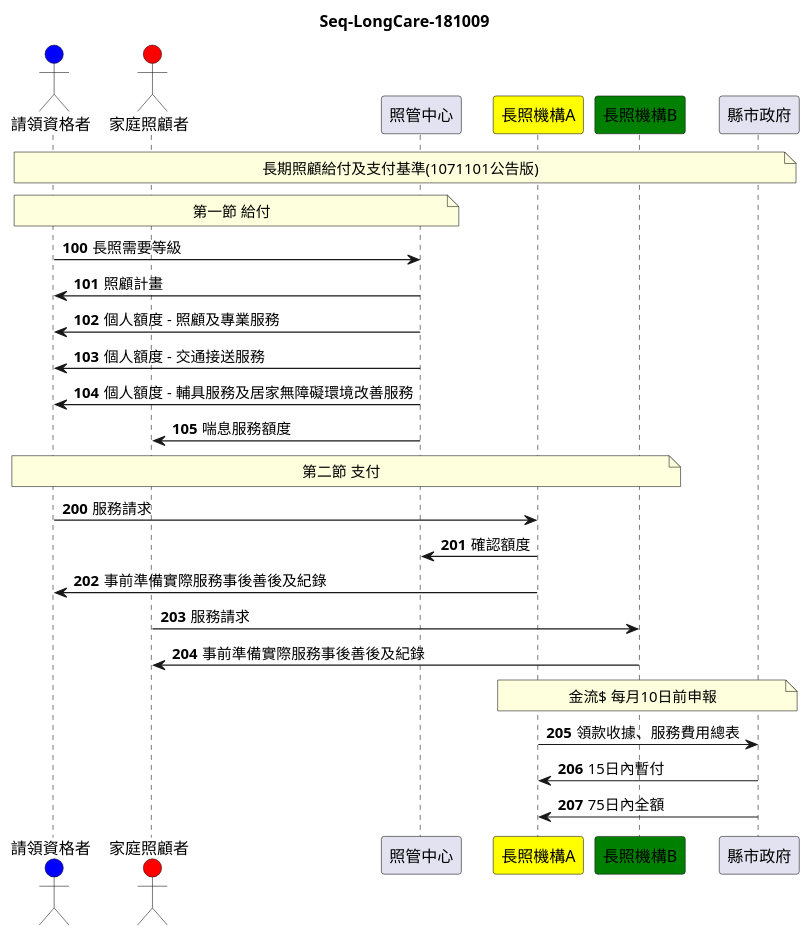
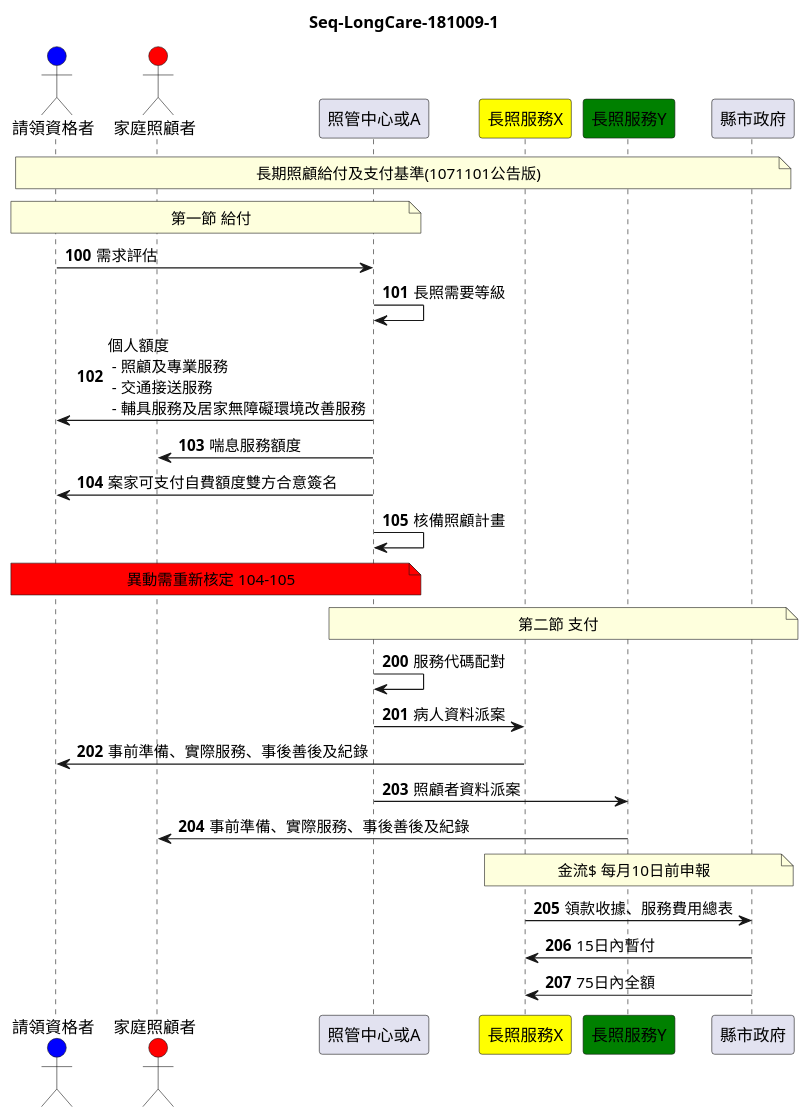
One commit to OpenHCOS/radio-to-broadcast changed the diagram in incubators/smart-longcare/seq.longcare.puml. Above: the diagram before and after it, drawn with PlantUML. The commit also changed 2 other files, not shown here.

```diff
--- a/incubators/smart-longcare/seq.longcare.puml
+++ b/incubators/smart-longcare/seq.longcare.puml
@@ -1,33 +1,34 @@
 @startuml
-title Seq-LongCare-181009
+title Seq-LongCare-181009-1
 ' 修正「長期照顧（照顧服務、專業服務、交通接送服務、輔具服務及居家無障礙環境改善服務）給付及支付基準」，並自107年11月1日起施行。- 衛生福利部 https://www.mohw.gov.tw/cp-3763-44235-1.html
 ' 長期照顧給付及支付基準(1071101公告版).pdf
 ' 直轄市、縣(市)政府辦理長期照顧服務提供者特約簽訂及費用支付作業要點
 scale 800 width
 actor 請領資格者 as Alice #blue
 actor 家庭照顧者 as Bob #red
-participant 照管中心 as CM
-participant 長照機構A as COA #yellow
-participant 長照機構B as COB #green
+participant 照管中心或A as CM
+participant 長照服務X as COA #yellow
+participant 長照服務Y as COB #green
 participant 縣市政府 as GOV
 autonumber 100
 note over Alice, GOV : 長期照顧給付及支付基準(1071101公告版)
 note over Alice, CM : 第一節 給付
-Alice -> CM : 長照需要等級
-CM -> Alice : 照顧計畫
-CM -> Alice : 個人額度 - 照顧及專業服務
-CM -> Alice : 個人額度 - 交通接送服務
-CM -> Alice : 個人額度 - 輔具服務及居家無障礙環境改善服務
+Alice -> CM : 需求評估
+CM -> CM : 長照需要等級
+CM -> Alice : 個人額度\n - 照顧及專業服務\n - 交通接送服務\n - 輔具服務及居家無障礙環境改善服務
 CM -> Bob : 喘息服務額度
-note over Alice, COB : 第二節 支付
+CM -> Alice : 案家可支付自費額度雙方合意簽名
+CM -> CM : 核備照顧計畫
+note over Alice, CM #red : 異動需重新核定 104-105
+note over CM, GOV : 第二節 支付
 autonumber 200
-Alice -> COA : 服務請求
-COA -> CM : 確認額度
-COA -> Alice : 事前準備實際服務事後善後及紀錄
-Bob -> COB : 服務請求
-COB -> Bob : 事前準備實際服務事後善後及紀錄
+CM -> CM : 服務代碼配對
+CM -> COA : 病人資料派案
+COA -> Alice : 事前準備、實際服務、事後善後及紀錄
+CM -> COB : 照顧者資料派案
+COB -> Bob : 事前準備、實際服務、事後善後及紀錄
 note over COA, GOV : 金流$ 每月10日前申報
 COA -> GOV : 領款收據、服務費用總表
 GOV -> COA : 15日內暫付
 GOV -> COA : 75日內全額
 @enduml
```
